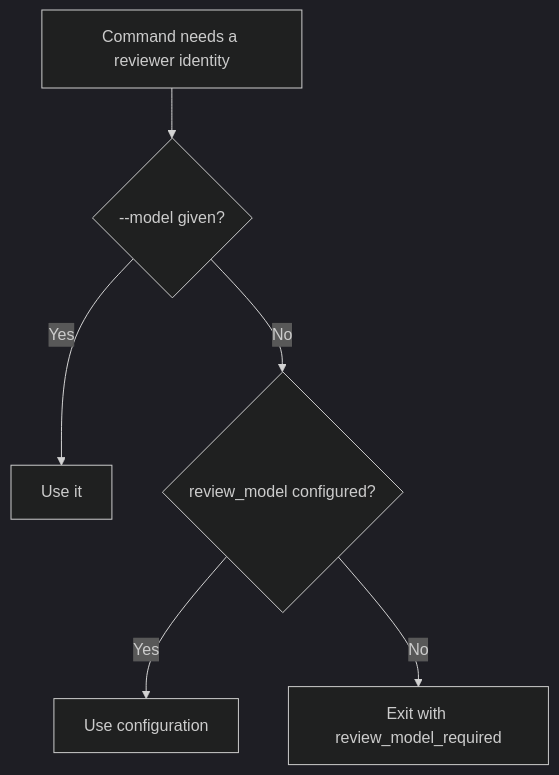
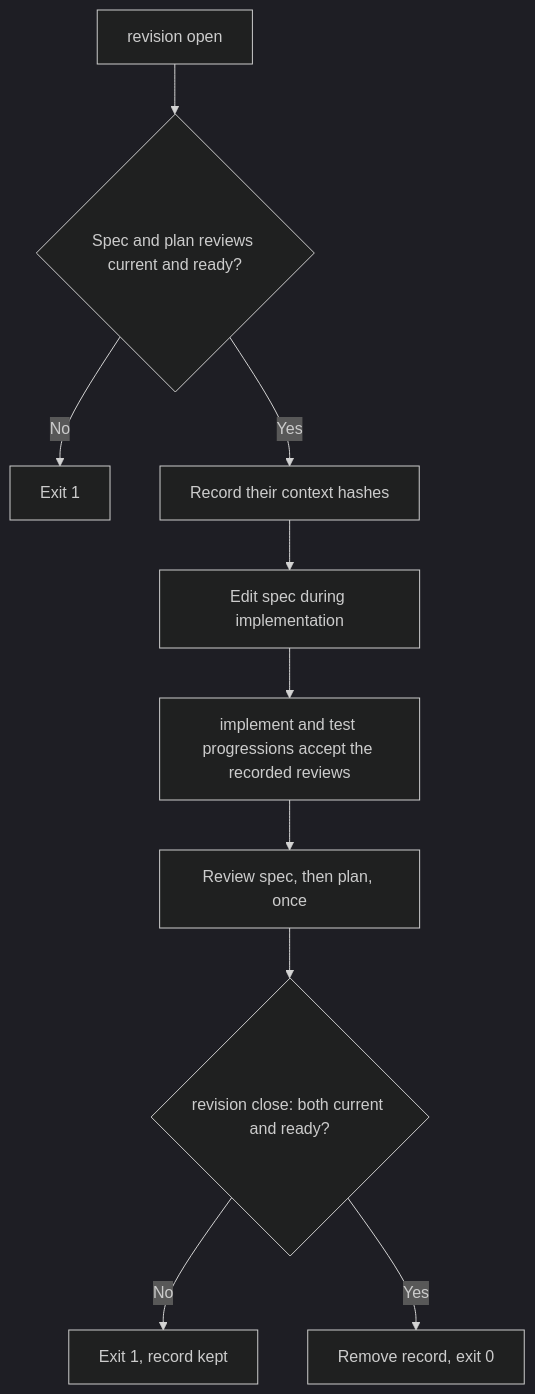
One commit to julien-m/livespec changed the second of 2 diagrams in .specs/features/089-stable-review-identity/spec.md. Above: the diagram before and after it, drawn with Mermaid (dark theme). The commit also changed other lines of this file and 4 other files, not shown here.

````diff
--- a/.specs/features/089-stable-review-identity/spec.md
+++ b/.specs/features/089-stable-review-identity/spec.md
@@ -80,8 +109,12 @@
 ```mermaid
 flowchart TD
-    A[Command needs a reviewer identity] --> B{--model given?}
-    B -- Yes --> C[Use it]
-    B -- No --> D{review_model configured?}
-    D -- Yes --> E[Use configuration]
-    D -- No --> F[Exit with review_model_required]
+    A[revision open] --> B{Spec and plan reviews current and ready?}
+    B -- No --> X[Exit 1]
+    B -- Yes --> C[Record their context hashes]
+    C --> D[Edit spec during implementation]
+    D --> E[implement and test progressions accept the recorded reviews]
+    E --> F[Review spec, then plan, once]
+    F --> G{revision close: both current and ready?}
+    G -- No --> Y[Exit 1, record kept]
+    G -- Yes --> H[Remove record, exit 0]
 ```
````
